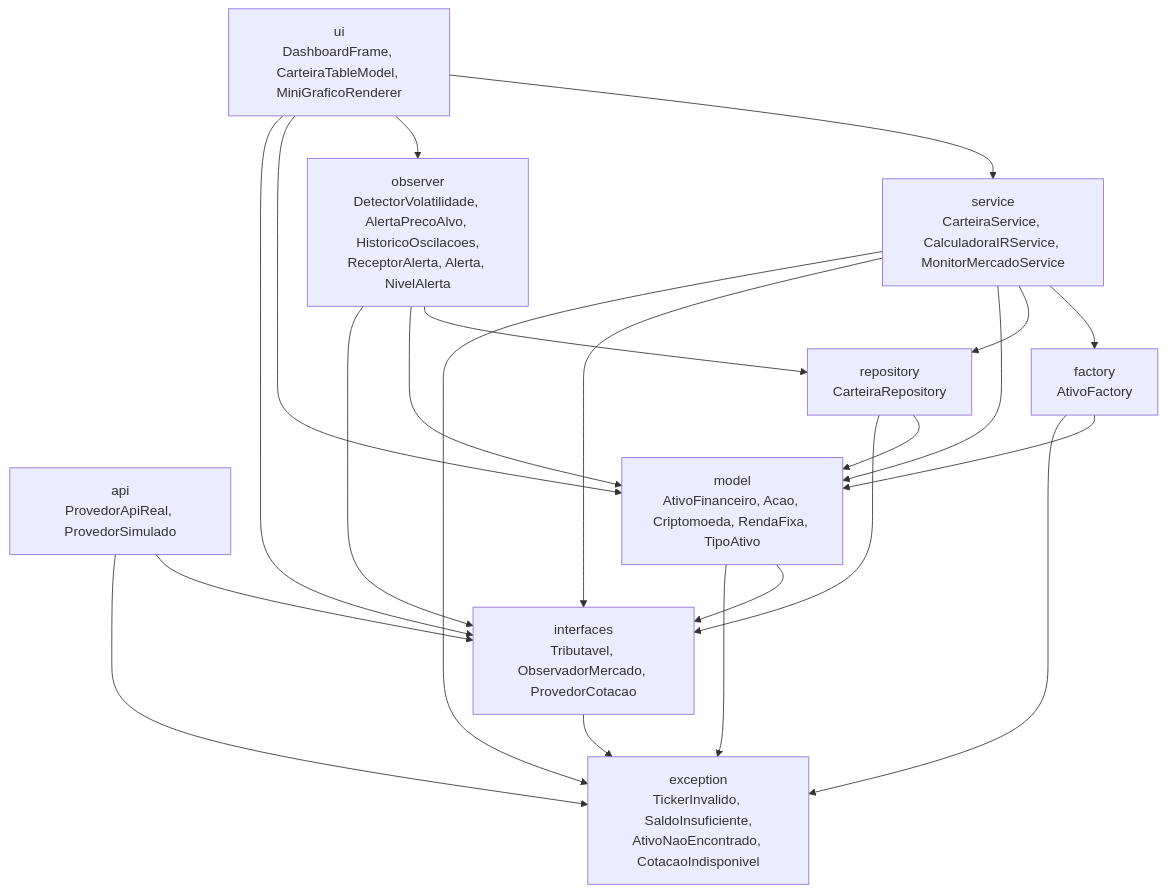
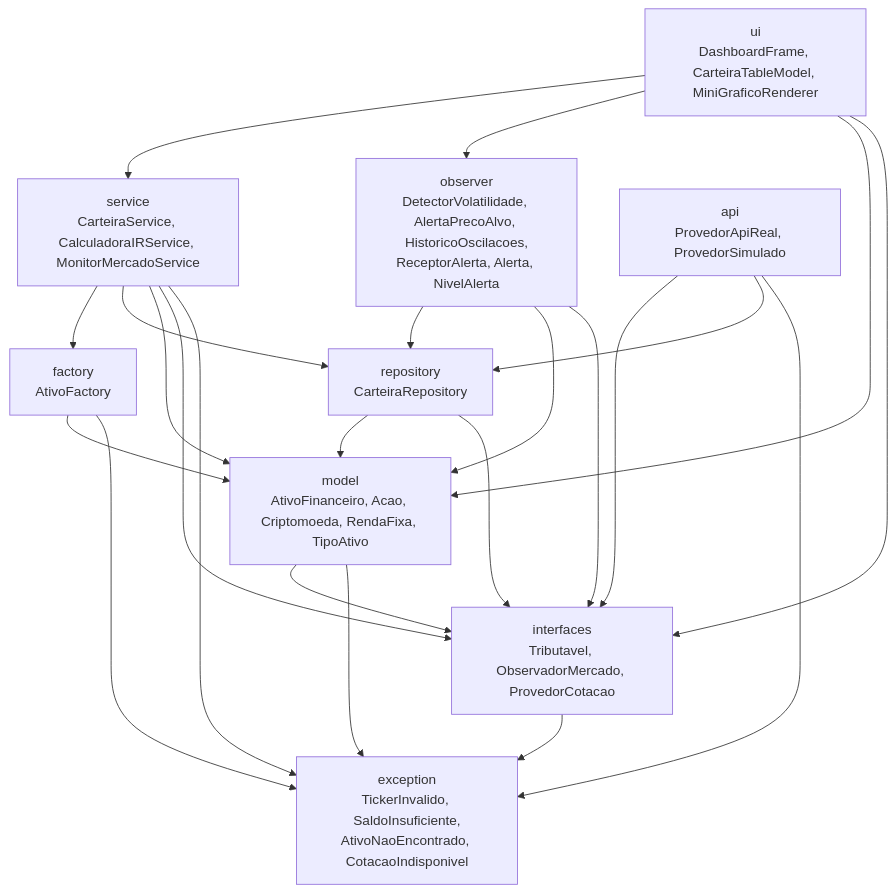
One commit to GabrielHRM/Investrack changed the third of 5 diagrams in UML/UML.md. Above: the diagram before and after it, drawn with Mermaid. The commit also changed other lines of this file and 13 other files, not shown here.

````diff
--- a/UML/UML.md
+++ b/UML/UML.md
@@ -391,41 +395,42 @@
 ```mermaid
 flowchart TD
     ui["ui<br/>DashboardFrame, CarteiraTableModel, MiniGraficoRenderer"]
     service["service<br/>CarteiraService, CalculadoraIRService, MonitorMercadoService"]
     observer["observer<br/>DetectorVolatilidade, AlertaPrecoAlvo, HistoricoOscilacoes,<br/>ReceptorAlerta, Alerta, NivelAlerta"]
     api["api<br/>ProvedorApiReal, ProvedorSimulado"]
     factory["factory<br/>AtivoFactory"]
     repository["repository<br/>CarteiraRepository"]
     model["model<br/>AtivoFinanceiro, Acao, Criptomoeda, RendaFixa, TipoAtivo"]
     interfaces["interfaces<br/>Tributavel, ObservadorMercado, ProvedorCotacao"]
     exception["exception<br/>TickerInvalido, SaldoInsuficiente,<br/>AtivoNaoEncontrado, CotacaoIndisponivel"]
 
     ui --> service
     ui --> observer
     ui --> model
     ui --> interfaces
 
     service --> factory
     service --> repository
     service --> model
     service --> interfaces
     service --> exception
 
     observer --> repository
     observer --> model
     observer --> interfaces
 
     api --> interfaces
+    api --> repository
     api --> exception
 
     factory --> model
     factory --> exception
 
     repository --> model
     repository --> interfaces
 
     model --> interfaces
     model --> exception
 
     interfaces --> exception
 ```
````
